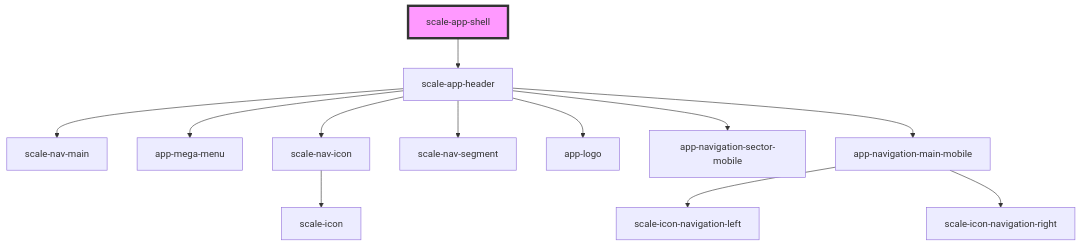
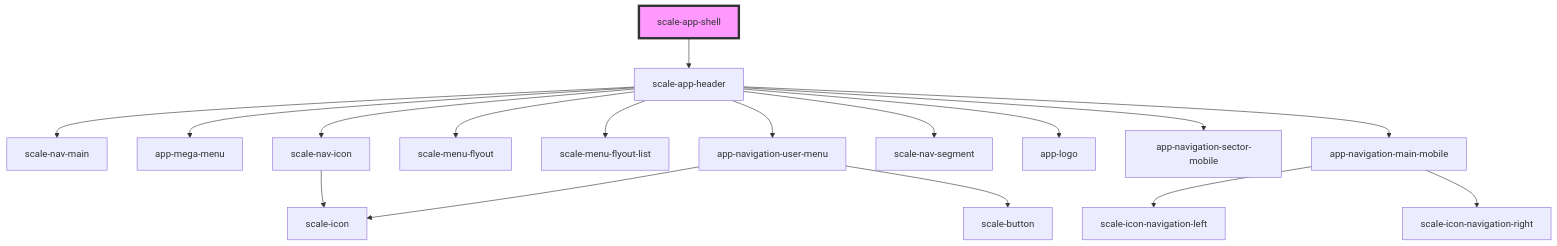
One commit to telekom/scale changed the diagram in packages/components/src/components/telekom/app-shell/readme.md. Above: the diagram before and after it, drawn with Mermaid. The commit also changed other lines of this file and 32 other files, not shown here.

Commit message:
feat(header): user menu

````diff
--- a/packages/components/src/components/telekom/app-shell/readme.md
+++ b/packages/components/src/components/telekom/app-shell/readme.md
@@ -40,15 +41,20 @@
 ```mermaid
 graph TD;
   scale-app-shell --> scale-app-header
   scale-app-header --> scale-nav-main
   scale-app-header --> app-mega-menu
   scale-app-header --> scale-nav-icon
+  scale-app-header --> scale-menu-flyout
+  scale-app-header --> scale-menu-flyout-list
+  scale-app-header --> app-navigation-user-menu
   scale-app-header --> scale-nav-segment
   scale-app-header --> app-logo
   scale-app-header --> app-navigation-sector-mobile
   scale-app-header --> app-navigation-main-mobile
   scale-nav-icon --> scale-icon
+  app-navigation-user-menu --> scale-button
+  app-navigation-user-menu --> scale-icon
   app-navigation-main-mobile --> scale-icon-navigation-left
   app-navigation-main-mobile --> scale-icon-navigation-right
   style scale-app-shell fill:#f9f,stroke:#333,stroke-width:4px
 ```
````
